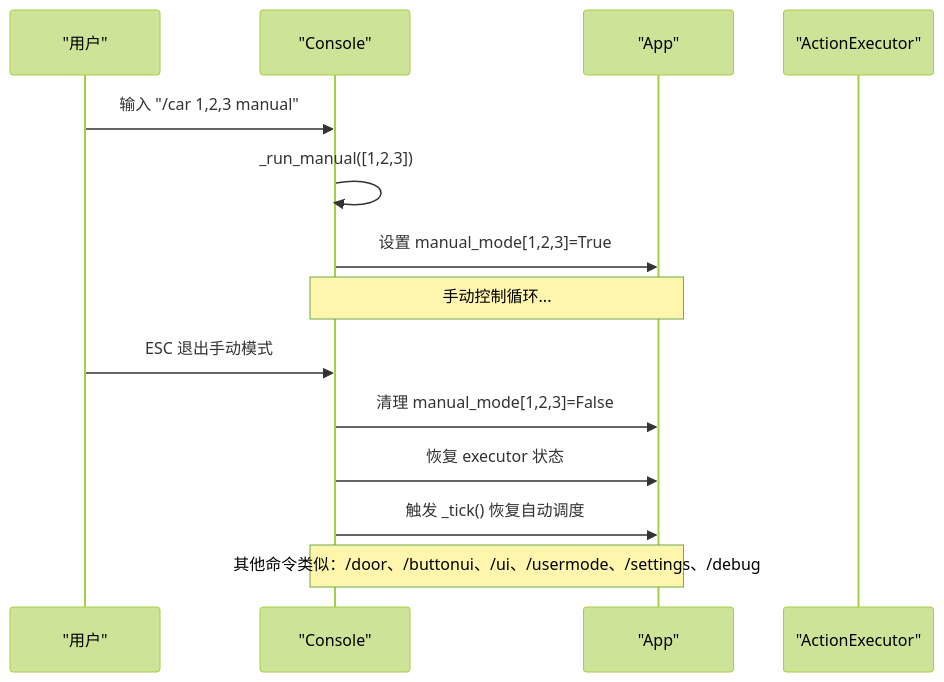
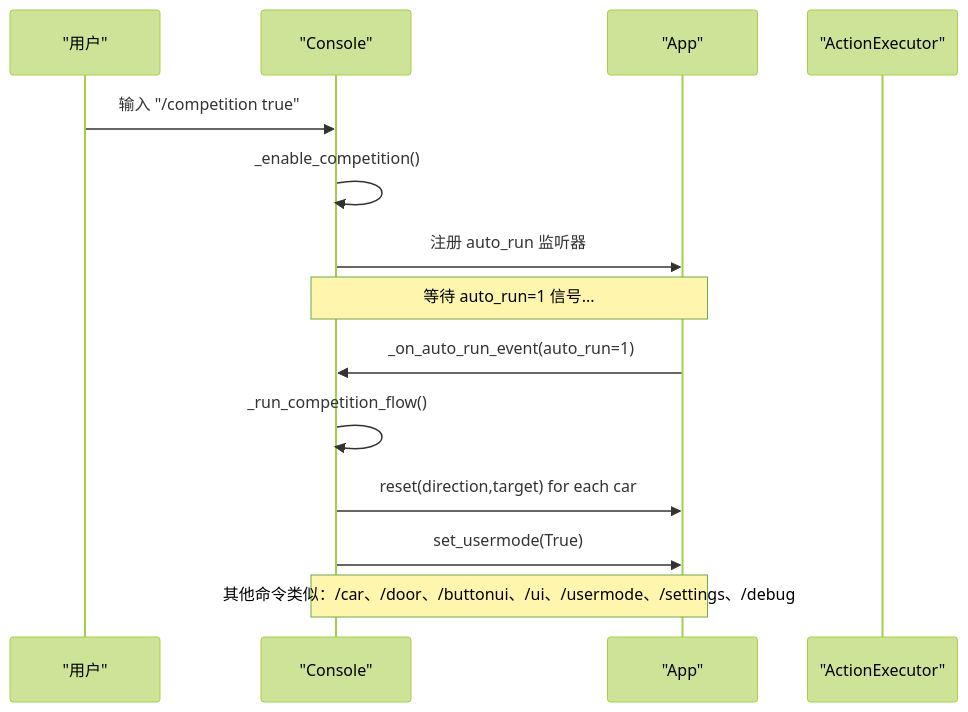
Before and after one commit to xmb505/Haku_EET: the sixth of 7 diagrams in .qoder/repowiki/zh/content/大脑模块.md, drawn with Mermaid (forest theme). The commit also changed other lines of this file and 10 other files, not shown here.

````diff
--- a/.qoder/repowiki/zh/content/大脑模块.md
+++ b/.qoder/repowiki/zh/content/大脑模块.md
@@ -271,16 +294,16 @@
 ```mermaid
 sequenceDiagram
 participant U as "用户"
 participant C as "Console"
 participant A as "App"
 participant E as "ActionExecutor"
-U->>C : 输入 "/car 1,2,3 manual"
-C->>C : _run_manual([1,2,3])
-C->>A : 设置 manual_mode[1,2,3]=True
-Note over C,A : 手动控制循环...
-U->>C : ESC 退出手动模式
-C->>A : 清理 manual_mode[1,2,3]=False
-C->>A : 恢复 executor 状态
-C->>A : 触发 _tick() 恢复自动调度
-Note over C,A : 其他命令类似：/door、/buttonui、/ui、/usermode、/settings、/debug
+U->>C : 输入 "/competition true"
+C->>C : _enable_competition()
+C->>A : 注册 auto_run 监听器
+Note over C,A : 等待 auto_run=1 信号...
+A->>C : _on_auto_run_event(auto_run=1)
+C->>C : _run_competition_flow()
+C->>A : reset(direction,target) for each car
+C->>A : set_usermode(True)
+Note over C,A : 其他命令类似：/car、/door、/buttonui、/ui、/usermode、/settings、/debug
 ```
````
